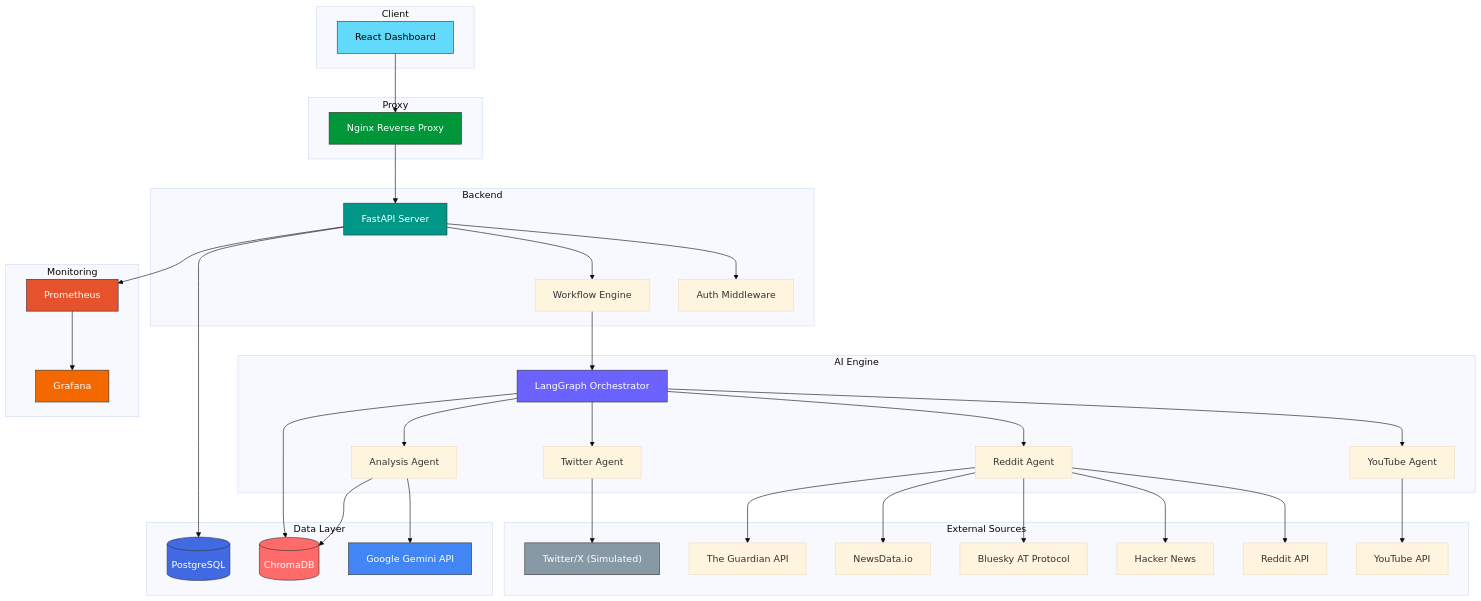
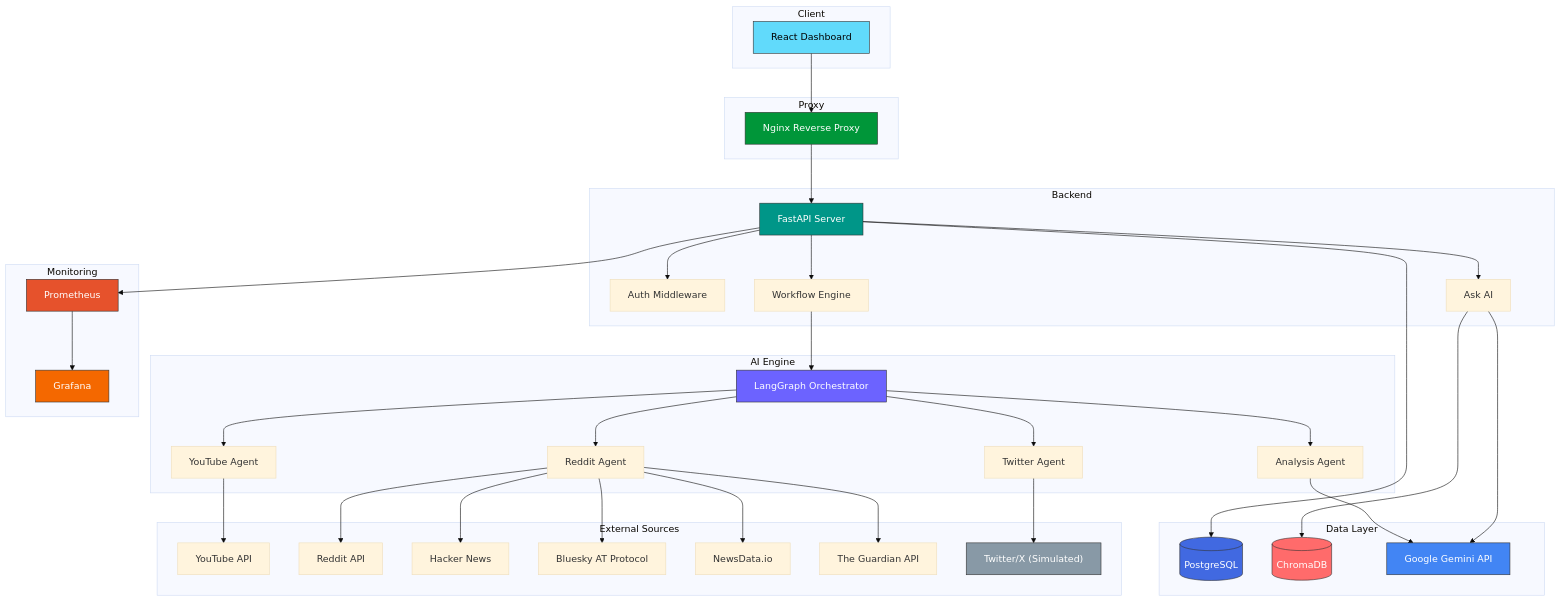
Before and after one commit to TRITUSLegend/OpinionMap: the diagram in README.md, drawn with Mermaid (base theme). The commit also changed other lines of this file and 1 other file, not shown here.

First line of the commit message:
docs: Ask AI in the README and architecture reference

````diff
--- a/README.md
+++ b/README.md
@@ -87,72 +87,74 @@
 ```mermaid
 graph TB
     subgraph Client
         UI[React Dashboard]
     end
 
     subgraph Proxy
         NG[Nginx Reverse Proxy]
     end
 
     subgraph Backend
         API[FastAPI Server]
         AUTH[Auth Middleware]
         WF[Workflow Engine]
+        ASK[Ask AI]
     end
 
     subgraph AI Engine
         LG[LangGraph Orchestrator]
         YTA[YouTube Agent]
         RDA[Reddit Agent]
         TWA[Twitter Agent]
         ANA[Analysis Agent]
     end
 
     subgraph Data Layer
         PG[(PostgreSQL)]
         CR[(ChromaDB)]
         GEM[Google Gemini API]
     end
 
     subgraph Monitoring
         PROM[Prometheus]
         GRAF[Grafana]
     end
 
     subgraph External Sources
         YT[YouTube API]
         RD[Reddit API]
         HN[Hacker News]
         BSK[Bluesky AT Protocol]
         NDI[NewsData.io]
         GRD[The Guardian API]
         TW["Twitter/X (Simulated)"]
     end
 
     UI --> NG
     NG --> API
     API --> AUTH
     API --> WF
     WF --> LG
     LG --> YTA & RDA & TWA & ANA
     YTA --> YT
     RDA --> RD & HN & BSK & NDI & GRD
     TWA --> TW
     ANA --> GEM
-    ANA --> CR
     API --> PG
-    LG --> CR
+    API --> ASK
+    ASK --> CR
+    ASK --> GEM
     API --> PROM
     PROM --> GRAF
 
     style UI fill:#61DAFB,stroke:#333,color:#000
     style NG fill:#009639,stroke:#333,color:#fff
     style API fill:#009688,stroke:#333,color:#fff
     style LG fill:#6C63FF,stroke:#333,color:#fff
     style PG fill:#4169E1,stroke:#333,color:#fff
     style CR fill:#FF6B6B,stroke:#333,color:#fff
     style GEM fill:#4285F4,stroke:#333,color:#fff
     style PROM fill:#E6522C,stroke:#333,color:#fff
     style GRAF fill:#F46800,stroke:#333,color:#fff
     style TW fill:#8899A6,stroke:#333,color:#fff
 ```
````
